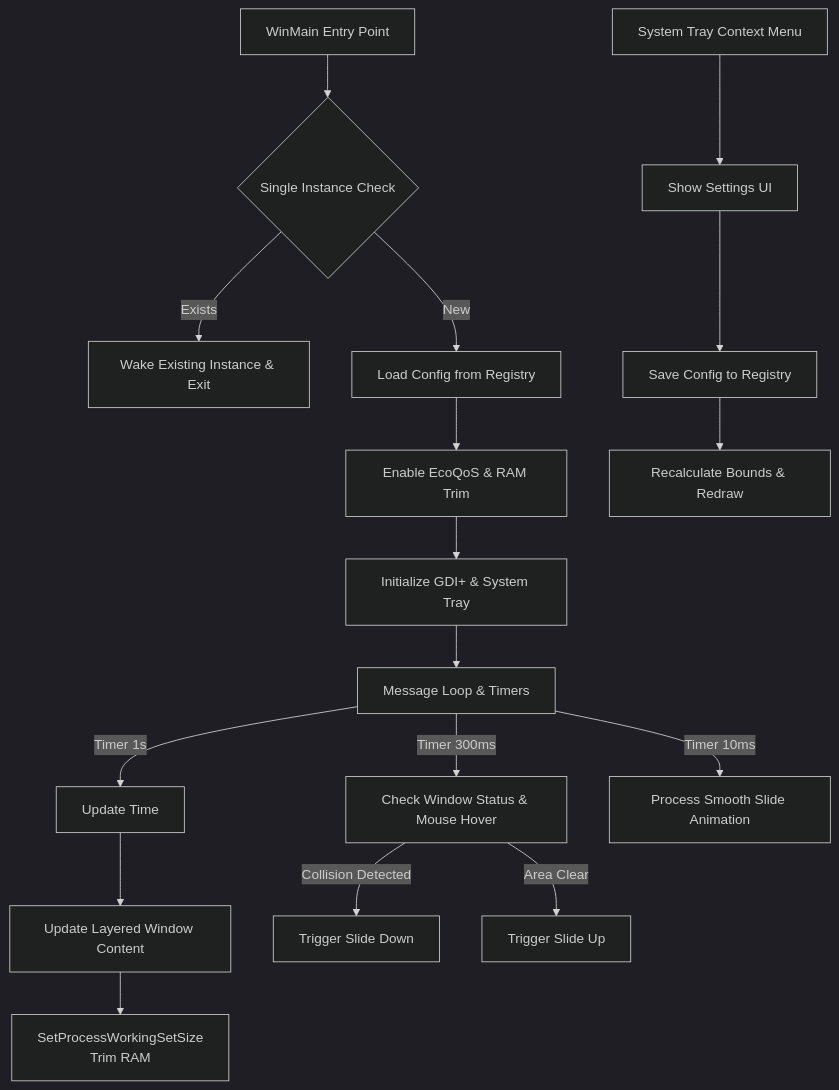
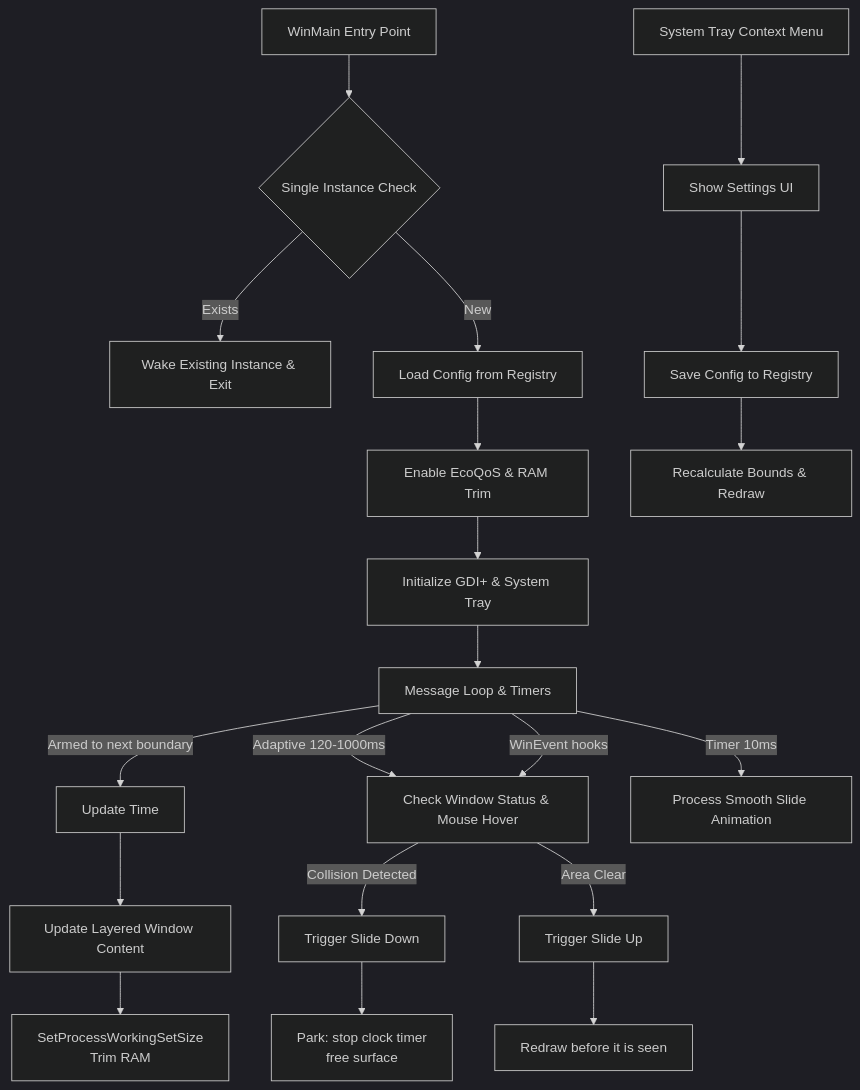
Before and after one commit to BBatWRP/tiny-overlay-clock: the diagram in README.md, drawn with Mermaid (dark theme). The commit also changed other lines of this file and 4 other files, not shown here.

````diff
--- a/README.md
+++ b/README.md
@@ -49,23 +50,27 @@
 ```mermaid
 graph TD
     A[WinMain Entry Point] --> B{Single Instance Check}
     B -- Exists --> C[Wake Existing Instance & Exit]
     B -- New --> D[Load Config from Registry]
     D --> E[Enable EcoQoS & RAM Trim]
     E --> F[Initialize GDI+ & System Tray]
     F --> G[Message Loop & Timers]
     
-    G -->|Timer 1s| H[Update Time]
-    G -->|Timer 300ms| I[Check Window Status & Mouse Hover]
+    G -->|Armed to next boundary| H[Update Time]
+    G -->|Adaptive 120-1000ms| I[Check Window Status & Mouse Hover]
     G -->|Timer 10ms| J[Process Smooth Slide Animation]
+    G -->|WinEvent hooks| I
     
     H --> K[Update Layered Window Content]
     I -- Collision Detected --> L[Trigger Slide Down]
     I -- Area Clear --> M[Trigger Slide Up]
+    
+    L --> S[Park: stop clock timer \n free surface]
+    M --> T[Redraw before it is seen]
     
     K --> N[SetProcessWorkingSetSize \n Trim RAM]
     
     O[System Tray Context Menu] --> P[Show Settings UI]
     P --> Q[Save Config to Registry]
     Q --> R[Recalculate Bounds & Redraw]
 ```
````
